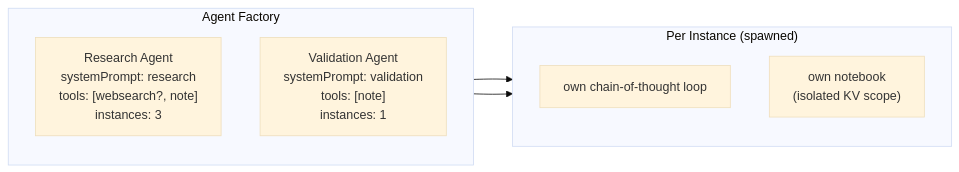
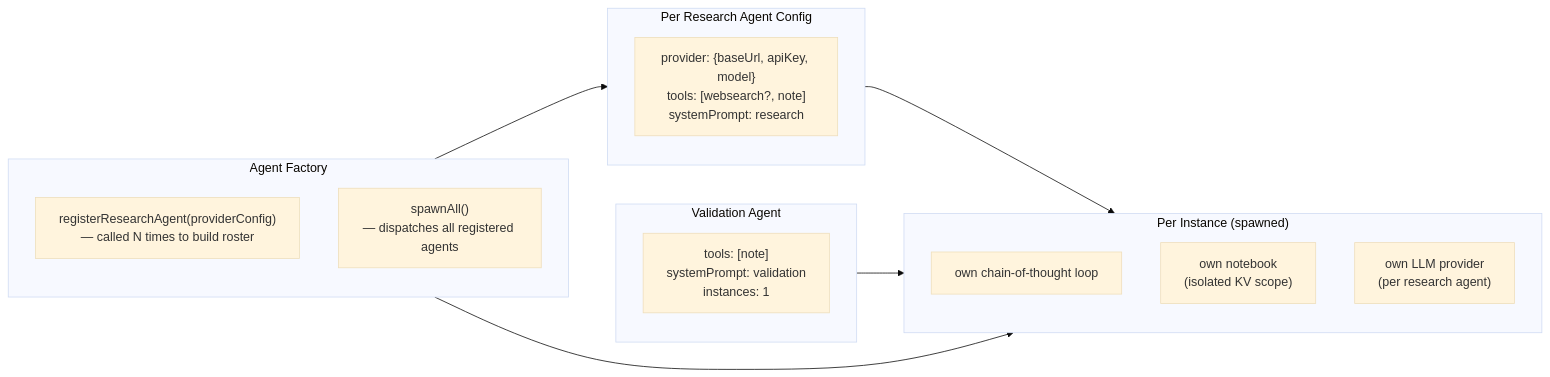
One commit to Glitch-guy0/self-consistency-research-agent changed the fifth of 6 diagrams in _bmad-output/planning-artifacts/architecture-diagrams.md. Above: the diagram before and after it, drawn with Mermaid (base theme). The commit also changed other lines of this file and 7 other files, not shown here.

````diff
--- a/_bmad-output/planning-artifacts/architecture-diagrams.md
+++ b/_bmad-output/planning-artifacts/architecture-diagrams.md
@@ -225,17 +228,30 @@
 ```mermaid
 flowchart LR
     subgraph Factory["Agent Factory"]
         direction TB
-        A1["Research Agent<br/>systemPrompt: research<br/>tools: [websearch?, note]<br/>instances: 3"]
-        A2["Validation Agent<br/>systemPrompt: validation<br/>tools: [note]<br/>instances: 1"]
+        Roster["registerResearchAgent(providerConfig)\n— called N times to build roster"]
+        Spawn["spawnAll()\n— dispatches all registered agents"]
+    end
+
+    subgraph ResearchConfig["Per Research Agent Config"]
+        direction TB
+        RC["provider: {baseUrl, apiKey, model}<br/>tools: [websearch?, note]<br/>systemPrompt: research"]
+    end
+
+    subgraph ValidationConfig["Validation Agent"]
+        direction TB
+        VC["tools: [note]<br/>systemPrompt: validation<br/>instances: 1"]
     end
 
     subgraph PerInstance["Per Instance (spawned)"]
         direction TB
         CoT["own chain-of-thought loop"]
         NB["own notebook\n(isolated KV scope)"]
+        LP["own LLM provider\n(per research agent)"]
     end
 
-    A1 --> PerInstance
-    A2 --> PerInstance
+    Roster --> ResearchConfig
+    Spawn --> PerInstance
+    ResearchConfig --> PerInstance
+    ValidationConfig --> PerInstance
 ```
````
